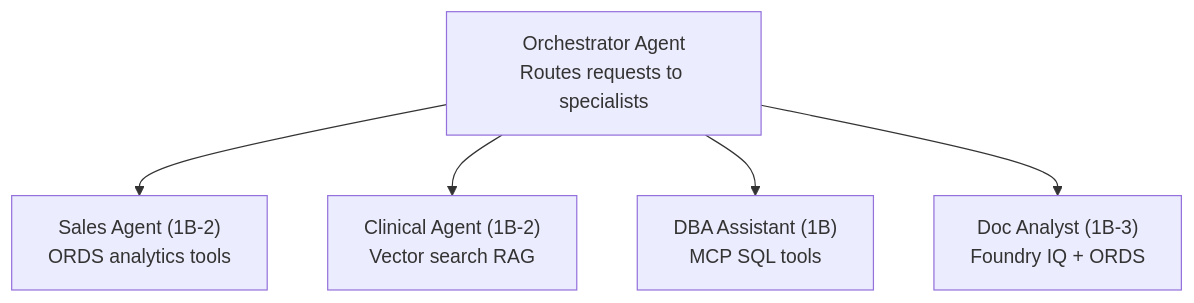
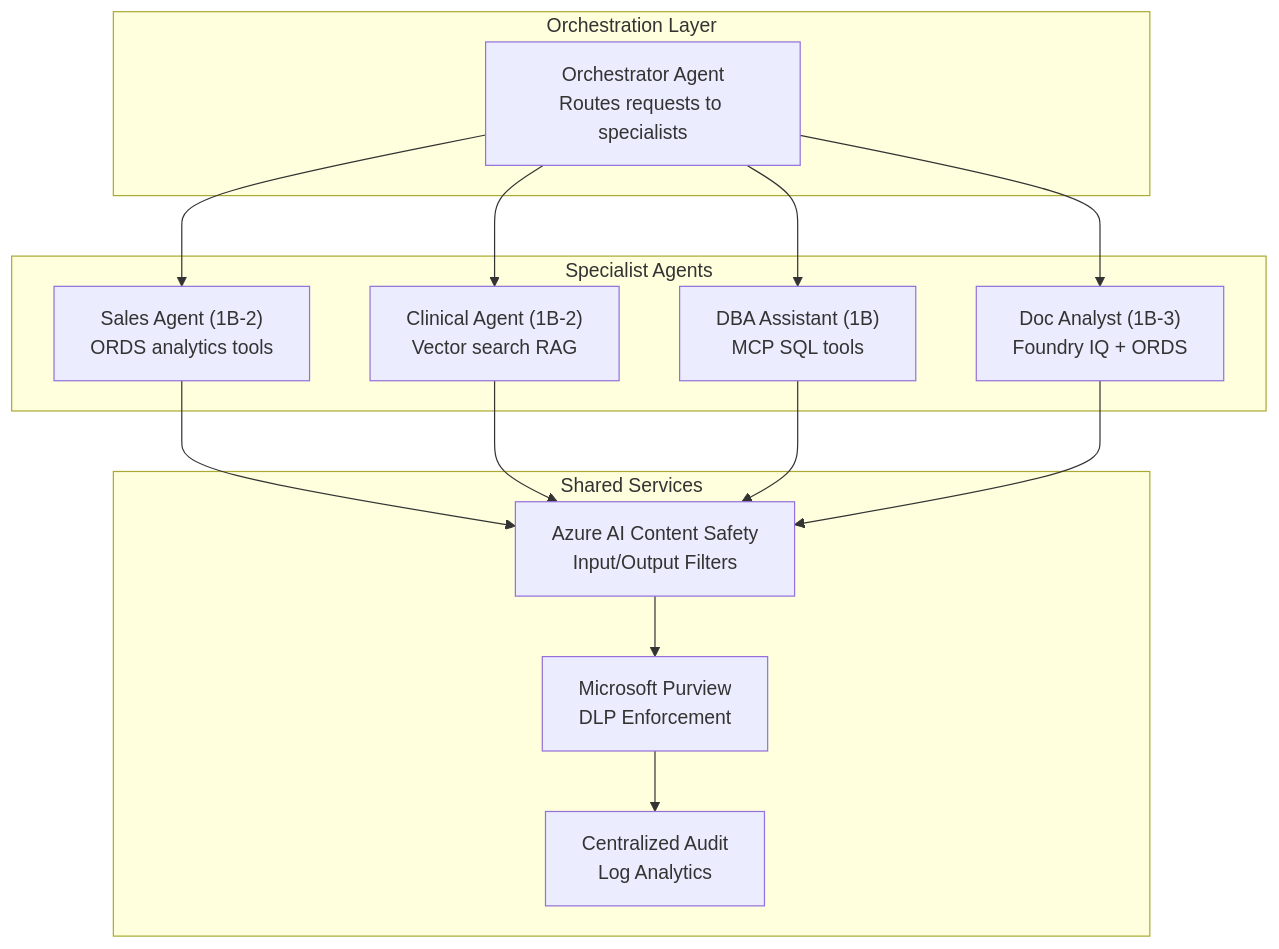
The fourth of 8 diagrams in docs/04-path2-foundry-agents.md (ryellajo12/ODAA-AI-Playbook), drawn with Mermaid before and after one commit. The commit also changed other lines of this file and 1 other file, not shown here.

Commit message:
Replace original foundry-agents with revised version (security, Purview, networking, vector search)

````diff
--- a/docs/04-path2-foundry-agents.md
+++ b/docs/04-path2-foundry-agents.md
@@ -254,7 +757,30 @@
 ```mermaid
 graph TB
-    ORCH["Orchestrator Agent<br/>Routes requests to specialists"] --> SALES["Sales Agent (1B-2)<br/>ORDS analytics tools"]
-    ORCH --> CLINICAL["Clinical Agent (1B-2)<br/>Vector search RAG"]
-    ORCH --> DBA["DBA Assistant (1B)<br/>MCP SQL tools"]
-    ORCH --> DOCS["Doc Analyst (1B-3)<br/>Foundry IQ + ORDS"]
+    subgraph "Orchestration Layer"
+        ORCH["Orchestrator Agent<br/>Routes requests to specialists"]
+    end
+
+    subgraph "Specialist Agents"
+        SALES["Sales Agent (1B-2)<br/>ORDS analytics tools"]
+        CLINICAL["Clinical Agent (1B-2)<br/>Vector search RAG"]
+        DBA["DBA Assistant (1B)<br/>MCP SQL tools"]
+        DOCS["Doc Analyst (1B-3)<br/>Foundry IQ + ORDS"]
+    end
+
+    subgraph "Shared Services"
+        ACS["Azure AI Content Safety<br/>Input/Output Filters"]
+        PV["Microsoft Purview<br/>DLP Enforcement"]
+        AUDIT["Centralized Audit<br/>Log Analytics"]
+    end
+
+    ORCH --> SALES
+    ORCH --> CLINICAL
+    ORCH --> DBA
+    ORCH --> DOCS
+    SALES --> ACS
+    CLINICAL --> ACS
+    DBA --> ACS
+    DOCS --> ACS
+    ACS --> PV
+    PV --> AUDIT
 ```
````
